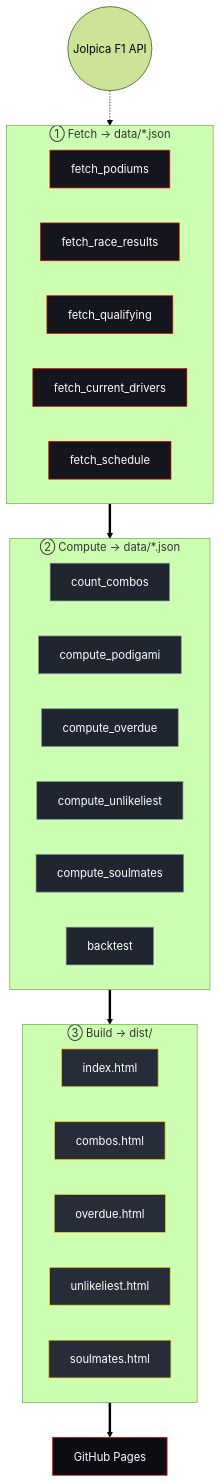
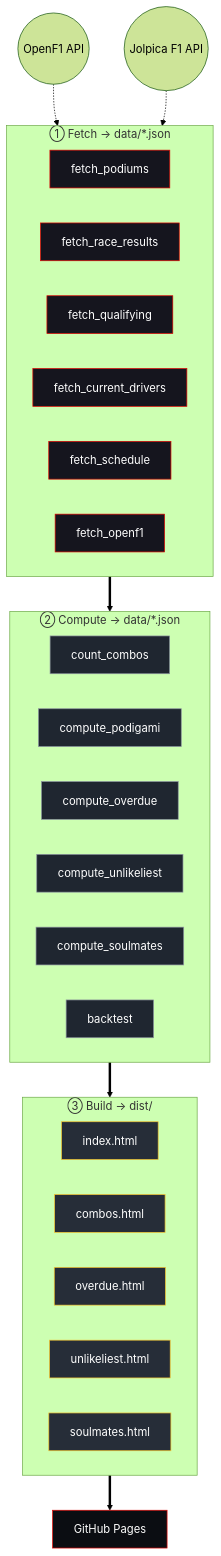
Before and after one commit to NikoKiru/f1podigami: the first of 2 diagrams in README.md, drawn with Mermaid (forest theme). The commit also changed other lines of this file and 32 other files, not shown here.

````diff
--- a/README.md
+++ b/README.md
@@ -106,46 +106,49 @@
 ```mermaid
 flowchart TD
     classDef fetch fill:#15151E,stroke:#e10600,color:#fff
     classDef compute fill:#1f2630,stroke:#8b949e,color:#fff
     classDef build fill:#262d38,stroke:#f4c430,color:#fff
     classDef page fill:#0b0d12,stroke:#e10600,color:#fff
     classDef json fill:#161b22,stroke:#58a6ff,color:#8b949e
 
     API(("Jolpica F1 API"))
+    OF(("OpenF1 API"))
 
     subgraph FETCH ["① Fetch  →  data/*.json"]
         direction LR
         FP["fetch_podiums"]:::fetch
         FR["fetch_race_results"]:::fetch
         FQ["fetch_qualifying"]:::fetch
         FG["fetch_current_drivers"]:::fetch
         FS["fetch_schedule"]:::fetch
+        FO["fetch_openf1"]:::fetch
     end
 
     API -.-> FETCH
+    OF -.-> FO
 
     subgraph COMPUTE ["② Compute  →  data/*.json"]
         direction LR
         CC["count_combos"]:::compute
         CP["compute_podigami"]:::compute
         CO["compute_overdue"]:::compute
         CU["compute_unlikeliest"]:::compute
         CM["compute_soulmates"]:::compute
         BT["backtest"]:::compute
     end
 
     FETCH ==> COMPUTE
 
     subgraph BUILD ["③ Build  →  dist/"]
         direction LR
         BP["index.html"]:::build
         BC["combos.html"]:::build
         BO["overdue.html"]:::build
         BU["unlikeliest.html"]:::build
         BS["soulmates.html"]:::build
     end
 
     COMPUTE ==> BUILD
 
     BUILD ==> GH["GitHub Pages"]:::page
 ```
````
